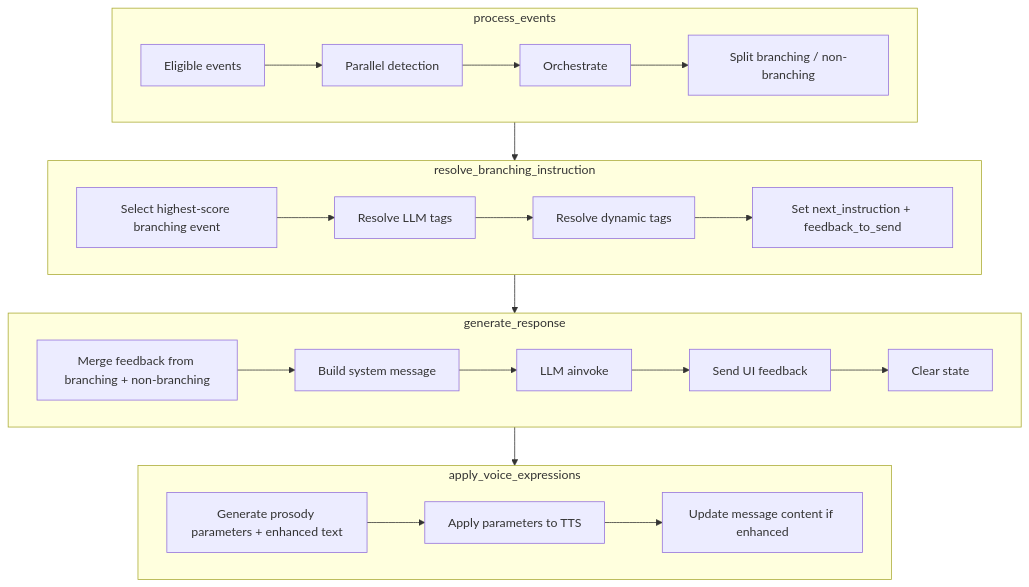
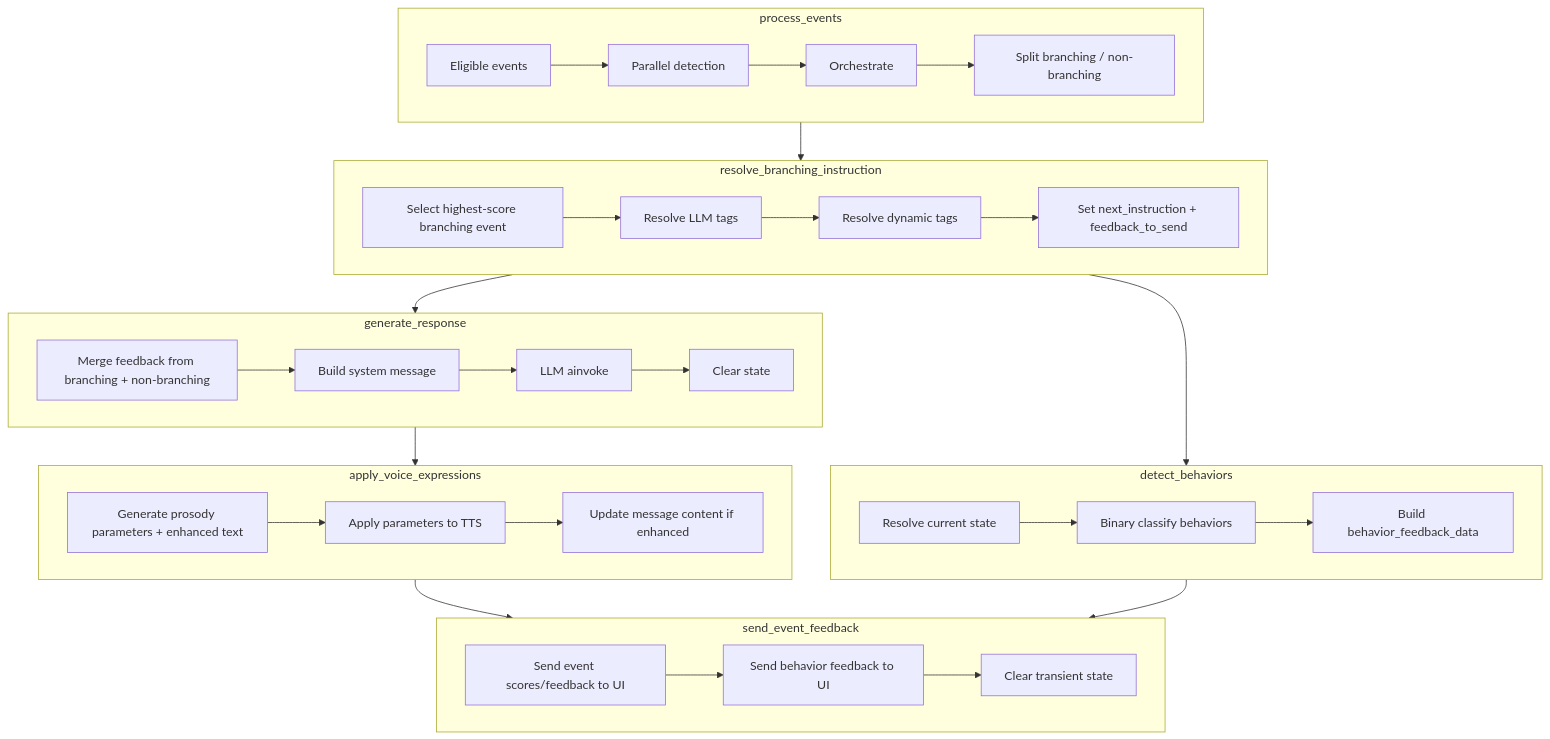
The second of 2 diagrams in docs/02-graph-pipeline.md (HelloAllyTech/ally-platform), drawn with Mermaid before and after one commit. The commit also changed other lines of this file and 9 other files, not shown here.

````diff
--- a/docs/02-graph-pipeline.md
+++ b/docs/02-graph-pipeline.md
@@ -119,33 +169,47 @@
 ```mermaid
 flowchart TD
     subgraph process_events
         PE1[Eligible events] --> PE2[Parallel detection]
         PE2 --> PE3[Orchestrate]
         PE3 --> PE4[Split branching / non-branching]
     end
 
     subgraph resolve_branching_instruction
         RB1[Select highest-score branching event]
         RB1 --> RB2[Resolve LLM tags]
         RB2 --> RB3[Resolve dynamic tags]
         RB3 --> RB4[Set next_instruction + feedback_to_send]
     end
 
     subgraph generate_response
         GR1[Merge feedback from branching + non-branching]
         GR1 --> GR2[Build system message]
         GR2 --> GR3[LLM ainvoke]
-        GR3 --> GR4[Send UI feedback]
-        GR4 --> GR5[Clear state]
+        GR3 --> GR4[Clear state]
+    end
+
+    subgraph detect_behaviors
+        DB1[Resolve current state]
+        DB1 --> DB2[Binary classify behaviors]
+        DB2 --> DB3[Build behavior_feedback_data]
     end
 
     subgraph apply_voice_expressions
         VE1[Generate prosody parameters + enhanced text]
         VE1 --> VE2[Apply parameters to TTS]
         VE2 --> VE3[Update message content if enhanced]
     end
 
+    subgraph send_event_feedback
+        SF1[Send event scores/feedback to UI]
+        SF1 --> SF2[Send behavior feedback to UI]
+        SF2 --> SF3[Clear transient state]
+    end
+
     process_events --> resolve_branching_instruction
     resolve_branching_instruction --> generate_response
+    resolve_branching_instruction --> detect_behaviors
     generate_response --> apply_voice_expressions
+    apply_voice_expressions --> send_event_feedback
+    detect_behaviors --> send_event_feedback
 ```
````
